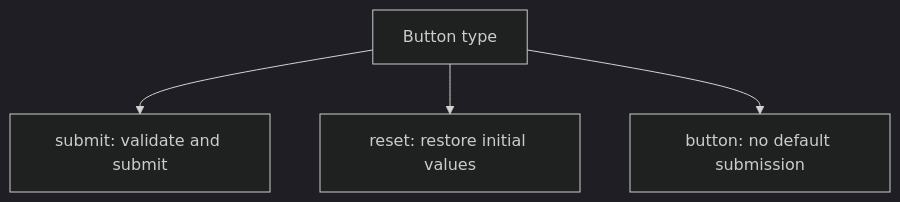
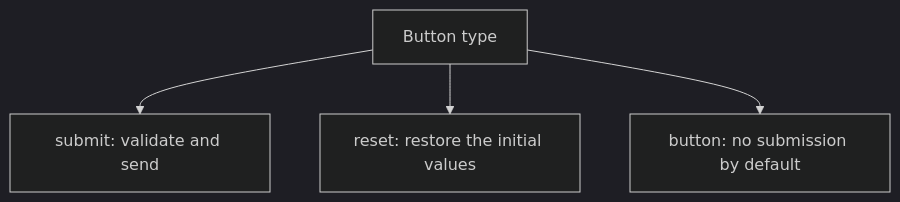
The second of 2 diagrams in HTML/Lesson-7/en/Forms part 2.md (JLearn-space/JLearn-docs), drawn with Mermaid (dark theme) before and after one commit. The commit also changed other lines of this file and 148 other files, not shown here.

````diff
--- a/HTML/Lesson-7/en/Forms part 2.md
+++ b/HTML/Lesson-7/en/Forms part 2.md
@@ -282,6 +219,6 @@
 ```mermaid
 flowchart TD
- A["Button type"] --> B["submit: validate and submit"]
- A --> C["reset: restore initial values"]
- A --> D["button: no default submission"]
+ A["Button type"] --> B["submit: validate and send"]
+ A --> C["reset: restore the initial values"]
+ A --> D["button: no submission by default"]
 ```
````
